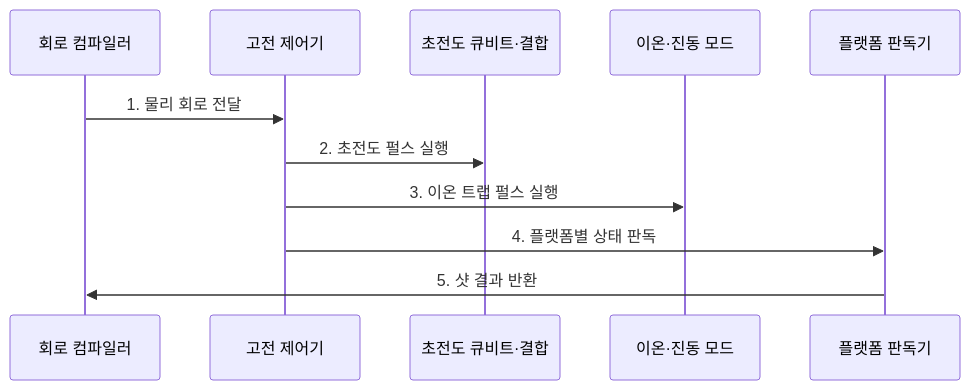
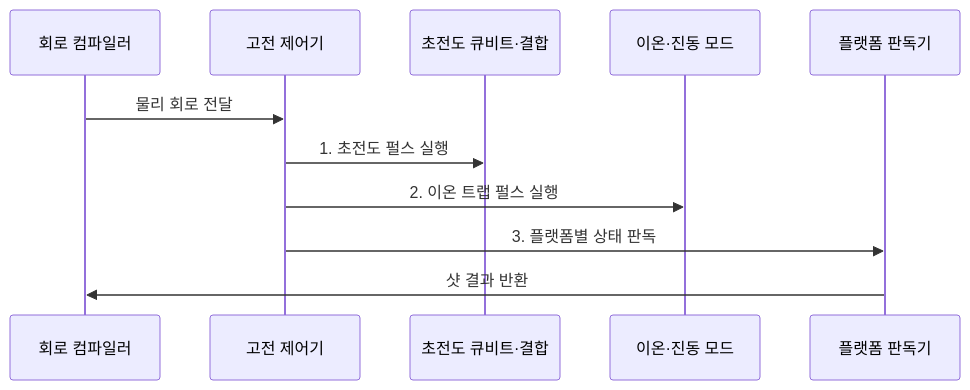
The second of 2 diagrams in src/content/docs/notes/02-hardware/073_quantum_processor_technologies.md (agnusdei1207/knowledge-base), drawn with Mermaid before and after one commit. The commit also changed other lines of this file and 19 other files, not shown here.

````diff
--- a/src/content/docs/notes/02-hardware/073_quantum_processor_technologies.md
+++ b/src/content/docs/notes/02-hardware/073_quantum_processor_technologies.md
@@ -88,14 +88,14 @@
 ```mermaid
 sequenceDiagram
     participant C as 회로 컴파일러
     participant H as 고전 제어기
     participant S as 초전도 큐비트·결합
     participant I as 이온·진동 모드
     participant D as 플랫폼 판독기
 
-    C->>H: 1. 물리 회로 전달
-    H->>S: 2. 초전도 펄스 실행
-    H->>I: 3. 이온 트랩 펄스 실행
-    H->>D: 4. 플랫폼별 상태 판독
-    D->>C: 5. 샷 결과 반환
+    C->>H: 물리 회로 전달
+    H->>S: 1. 초전도 펄스 실행
+    H->>I: 2. 이온 트랩 펄스 실행
+    H->>D: 3. 플랫폼별 상태 판독
+    D->>C: 샷 결과 반환
 ```
````
